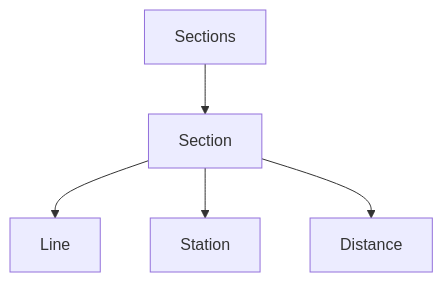
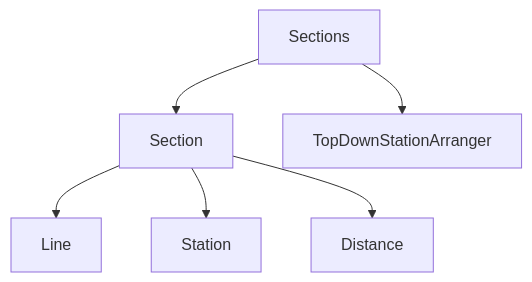
Before and after one commit to woowacourse/jwp-subway-path: the diagram in README.md, drawn with Mermaid. The commit also changed 1 other file, not shown here.

Commit message:
feat(TopDownStationArranger): 상행에서 하행으로 역들을 정렬해주는 도메인 객체 구현

````diff
--- a/README.md
+++ b/README.md
@@ -23,7 +23,9 @@
 ```mermaid
 graph TD
 Sections --> Section
+Sections --> TopDownStationArranger
+
 Section -->  Line
 Section --> Station
 Section --> Distance
 ```
````
